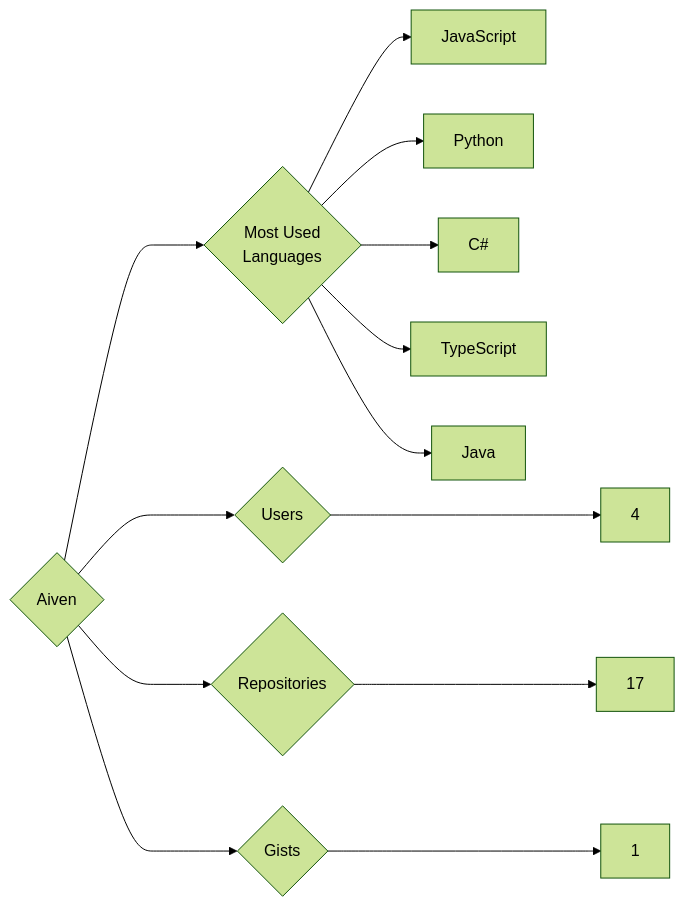
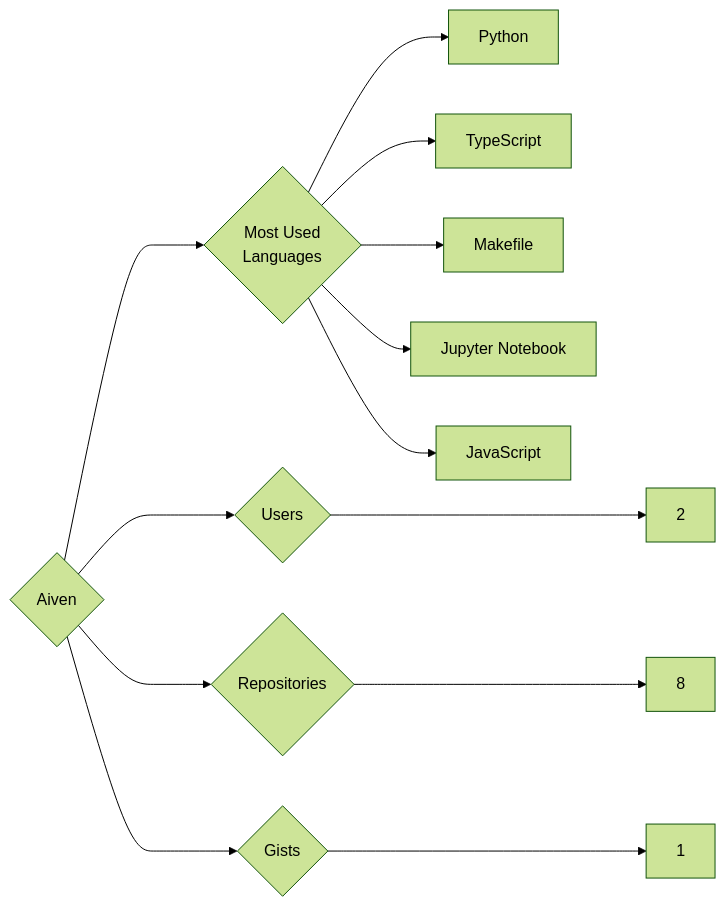
Before and after one commit to trickest/insiders: the diagram in targets/Aiven/README.md, drawn with Mermaid (forest theme). The commit also changed 1166 other files, not shown here.

````diff
--- a/targets/Aiven/README.md
+++ b/targets/Aiven/README.md
@@ -3,13 +3,13 @@
 ```mermaid
 graph LR
 COMPANY_NAME{Aiven}
-COMPANY_NAME ---> U{Users} ---> UN[4]
-COMPANY_NAME ---> R{Repositories} ---> RN[17]
+COMPANY_NAME ---> U{Users} ---> UN[2]
+COMPANY_NAME ---> R{Repositories} ---> RN[8]
 COMPANY_NAME ---> G{Gists} ---> GN[1]
 COMPANY_NAME ---> ML{Most Used<br>Languages}
+ML --> Python[Python]
+ML --> TypeScript[TypeScript]
+ML --> Makefile[Makefile]
+ML --> Jupyter_Notebook[Jupyter Notebook]
 ML --> JavaScript[JavaScript]
-ML --> Python[Python]
-ML --> C#[C#]
-ML --> TypeScript[TypeScript]
-ML --> Java[Java]
 ```
````
